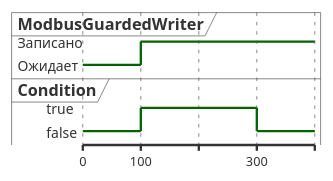
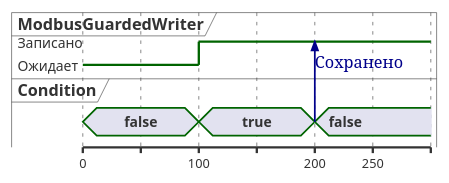
Before and after one commit to UlrichVonRekkenin/PhdLaTeX: the diagram in Dissertation/listings/uml/modbus_guarded_writer.puml, drawn with PlantUML. The commit also changed 2 other files, not shown here.

```diff
--- a/Dissertation/listings/uml/modbus_guarded_writer.puml
+++ b/Dissertation/listings/uml/modbus_guarded_writer.puml
@@ -1,18 +1,21 @@
 @startuml
 
 robust "ModbusGuardedWriter" as guard
-robust "Condition" as cond
+concise "Condition" as cond
 
 @0
 cond is false
 guard is Ожидает
 
 @+100
 cond is true
 guard is Записано
 
-@+200
+@+100
+cond -> guard : Сохранено
 cond is false
 guard is Записано
 
+@+50
+
 @enduml
```
